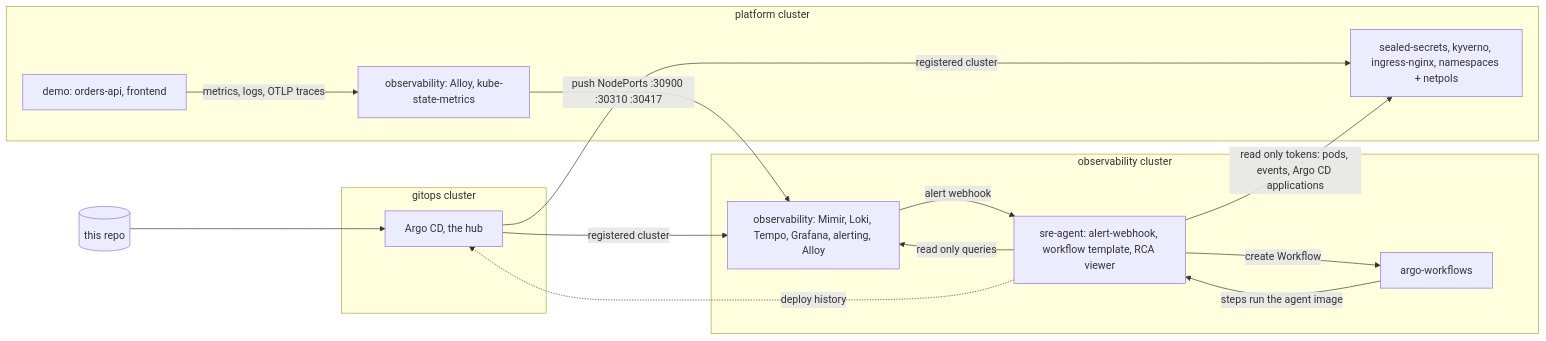
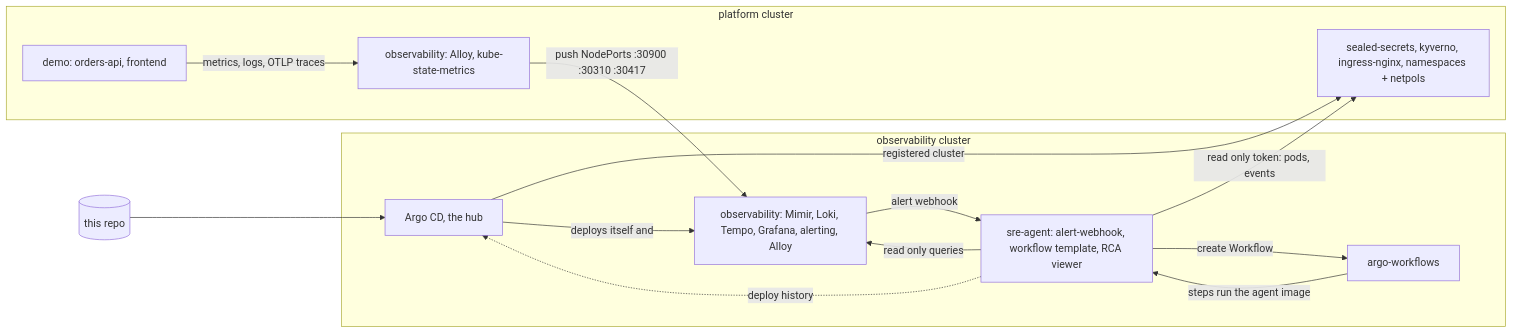
One commit to krishnakant888/k8s-sre-platform changed the diagram in README.md. Above: the diagram before and after it, drawn with Mermaid. The commit also changed other lines of this file and 41 other files, not shown here.

Commit message:
refactor: two clusters, Argo CD in the observability cluster; fix lost alerts, Argo targets and workflow metrics

````diff
--- a/README.md
+++ b/README.md
@@ -57,27 +58,25 @@
 ```mermaid
 flowchart LR
   Git[(this repo)] --> Argo
-  subgraph gitops cluster
-    Argo[Argo CD, the hub]
-  end
   subgraph platform cluster
     Platform[sealed-secrets, kyverno, ingress-nginx, namespaces + netpols]
     Collect[observability: Alloy, kube-state-metrics]
     Demo[demo: orders-api, frontend]
     Demo -->|metrics, logs, OTLP traces| Collect
   end
   subgraph observability cluster
+    Argo[Argo CD, the hub]
     Stack[observability: Mimir, Loki, Tempo, Grafana, alerting, Alloy]
     AW[argo-workflows]
     Agent[sre-agent: alert-webhook, workflow template, RCA viewer]
     Stack -->|alert webhook| Agent
     Agent -->|create Workflow| AW
     AW -->|steps run the agent image| Agent
     Agent -->|read only queries| Stack
+    Agent -.->|deploy history| Argo
+    Argo -->|deploys itself and| Stack
   end
   Argo -->|registered cluster| Platform
-  Argo -->|registered cluster| Stack
   Collect -->|push NodePorts :30900 :30310 :30417| Stack
-  Agent -->|read only tokens: pods, events, Argo CD applications| Platform
-  Agent -.->|deploy history| Argo
+  Agent -->|read only token: pods, events| Platform
 ```
````
